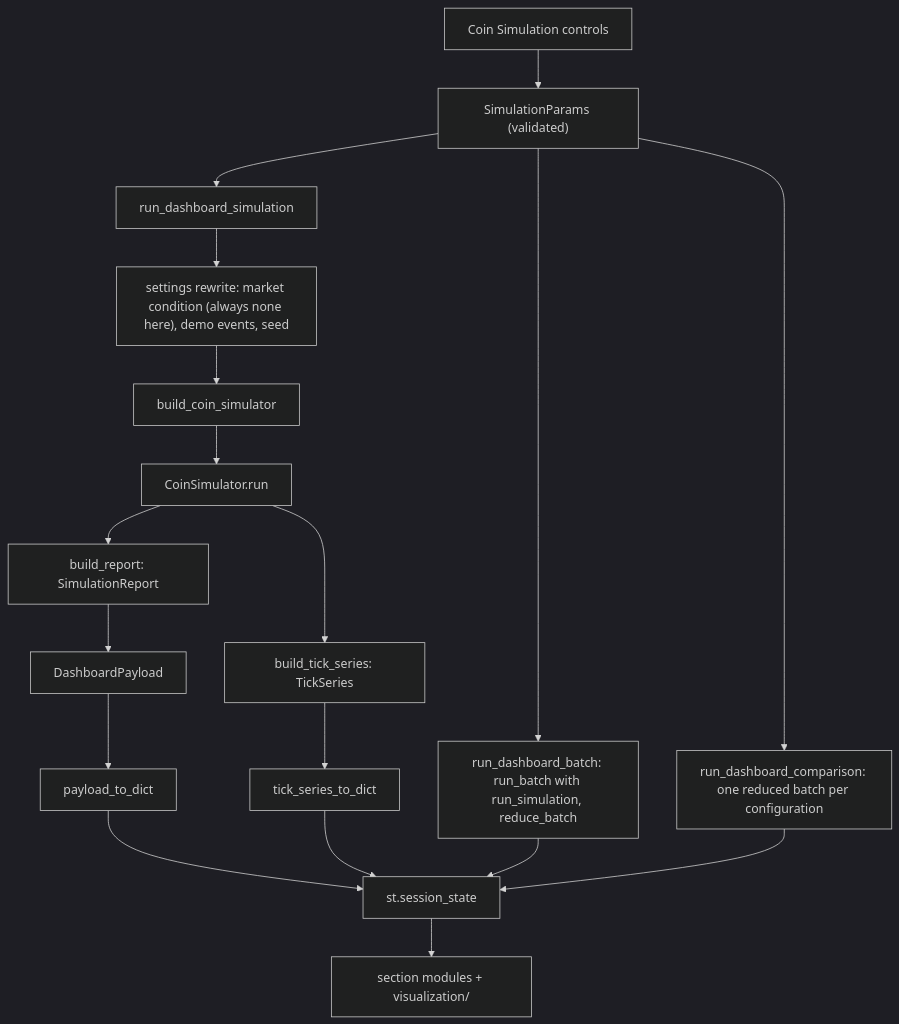
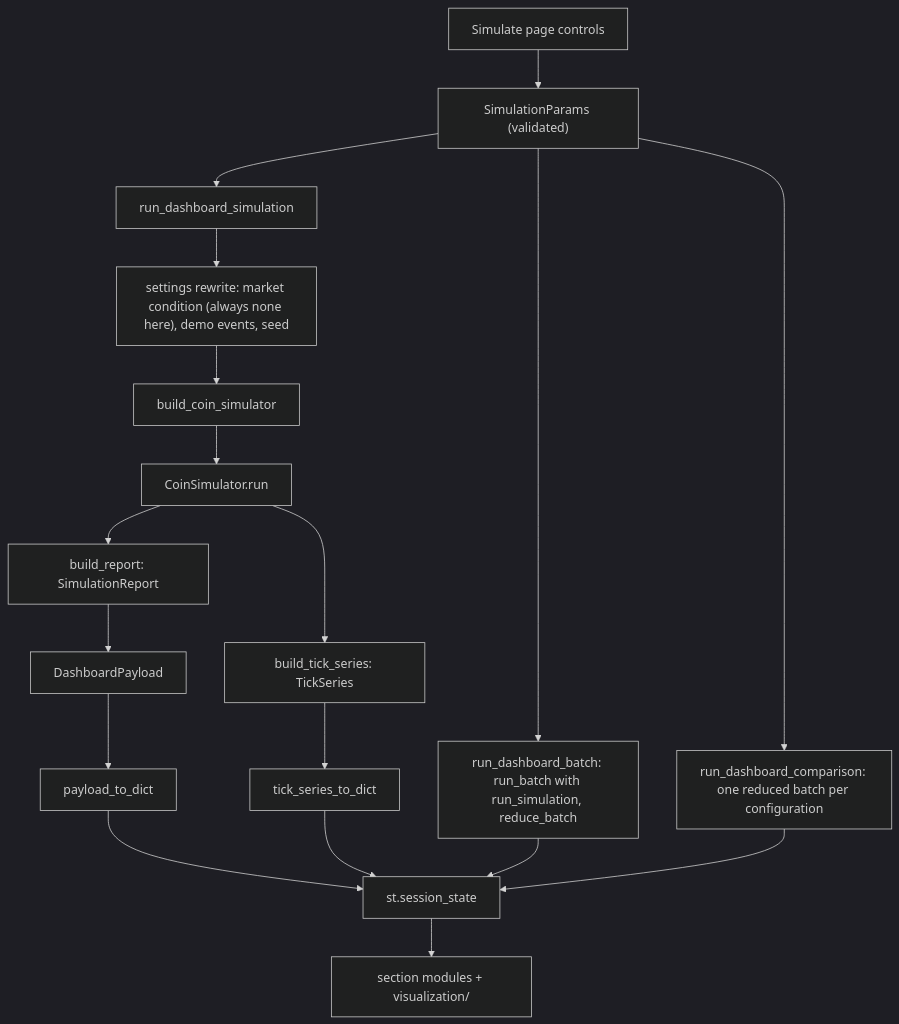
The diagram in docs/DASHBOARD.md (jdgiron12/crypto-simulator), drawn with Mermaid (dark theme) before and after one commit. The commit also changed other lines of this file and 8 other files, not shown here.

````diff
--- a/docs/DASHBOARD.md
+++ b/docs/DASHBOARD.md
@@ -405,21 +415,21 @@
 ```mermaid
 flowchart TD
-    W["Coin Simulation controls"] --> P["SimulationParams (validated)"]
+    W["Simulate page controls"] --> P["SimulationParams (validated)"]
     P --> RS["run_dashboard_simulation"]
     RS --> SR["settings rewrite: market condition (always none here), demo events, seed"]
     SR --> B["build_coin_simulator"]
     B --> R["CoinSimulator.run"]
     R --> REP["build_report: SimulationReport"]
     REP --> DP["DashboardPayload"]
     DP --> PD["payload_to_dict"]
     R --> TS["build_tick_series: TickSeries"]
     TS --> TD["tick_series_to_dict"]
     PD --> SS["st.session_state"]
     TD --> SS
     SS --> V["section modules + visualization/"]
 
     P --> RB["run_dashboard_batch: run_batch with run_simulation, reduce_batch"]
     RB --> SS
     P --> RC["run_dashboard_comparison: one reduced batch per configuration"]
     RC --> SS
 ```
````
